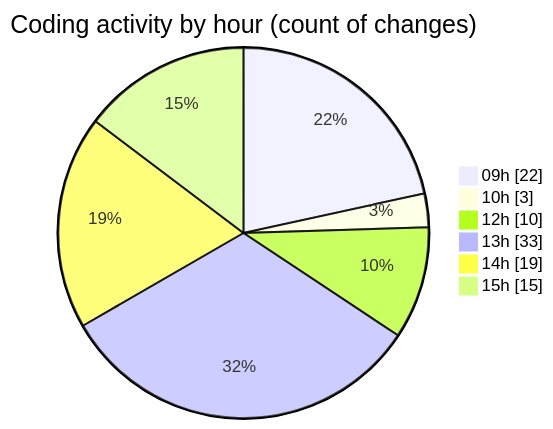
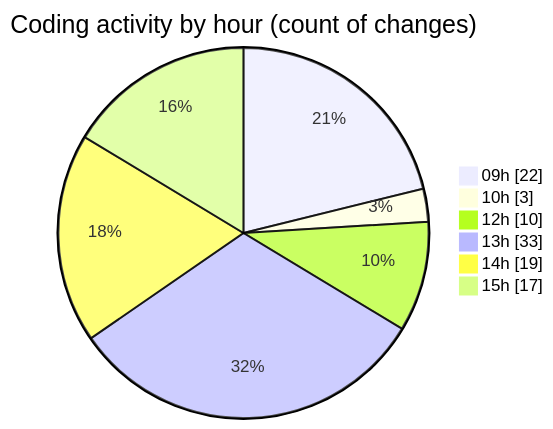
Before and after one commit to momahboobian/code-tracking: the second of 2 diagrams in 2025-06-27/cda/README.md, drawn with Mermaid. The commit also changed other lines of this file and 1 other file, not shown here.

````diff
--- a/2025-06-27/cda/README.md
+++ b/2025-06-27/cda/README.md
@@ -41,10 +41,10 @@
 ```mermaid
 pie showData
 title Coding activity by hour (count of changes)
 "09h" : 22
 "10h" : 3
 "12h" : 10
 "13h" : 33
 "14h" : 19
-"15h" : 15
+"15h" : 17
 ```
````
